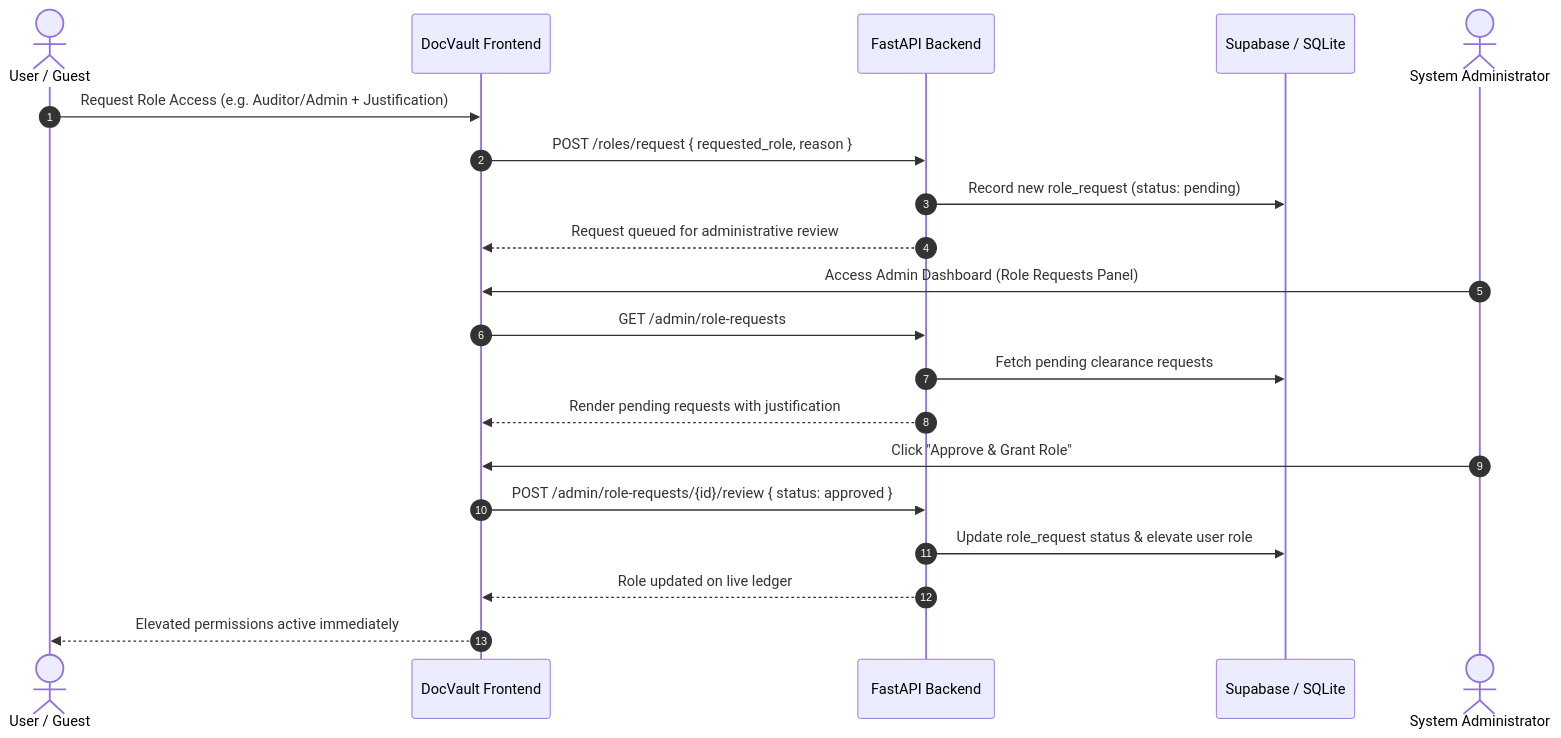
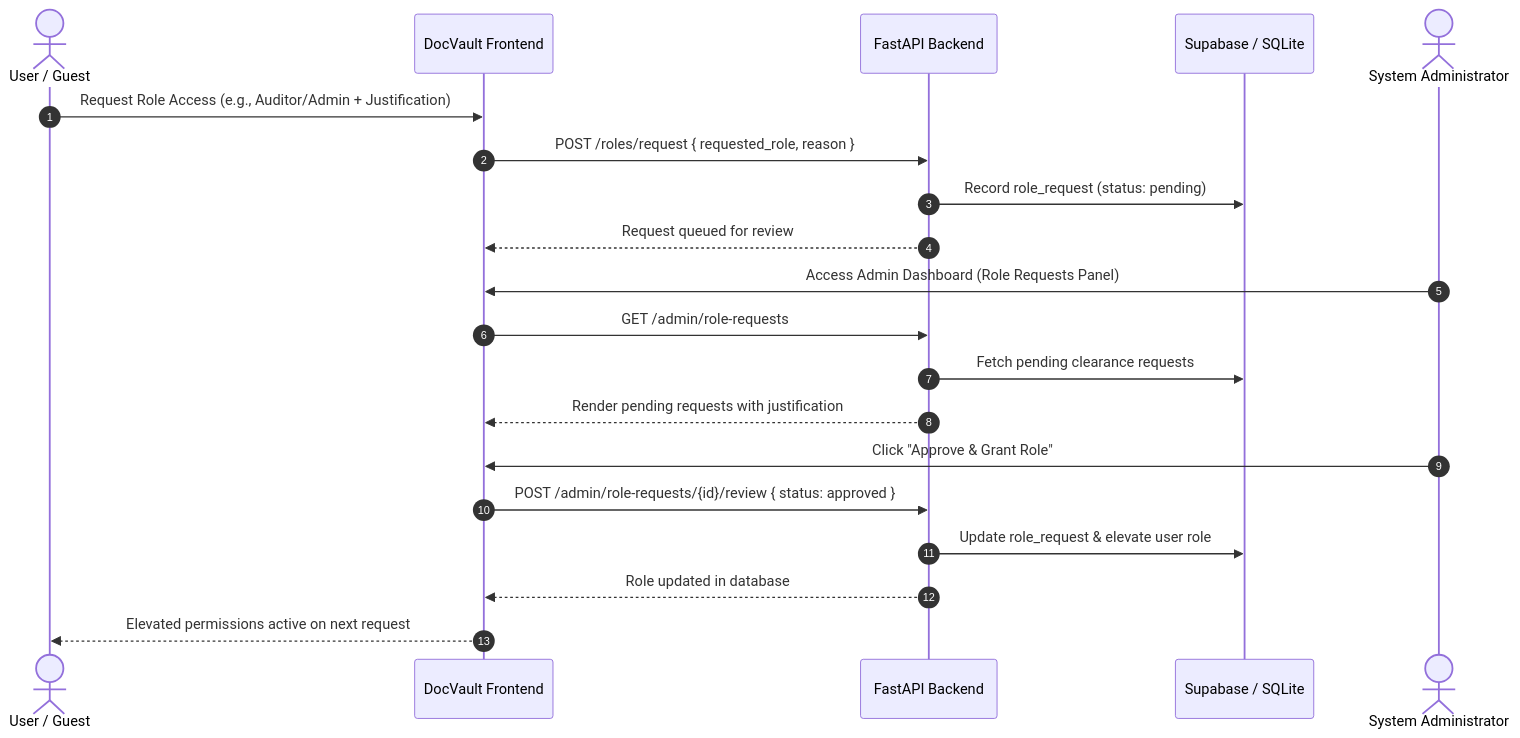
Before and after one commit to Jatin-code16/varitydoc: the second of 2 diagrams in README.md, drawn with Mermaid. The commit also changed other lines of this file and 1 other file, not shown here.

````diff
--- a/README.md
+++ b/README.md
@@ -87,23 +114,23 @@
 ```mermaid
 sequenceDiagram
     autonumber
     actor User as User / Guest
     participant UI as DocVault Frontend
     participant API as FastAPI Backend
     participant DB as Supabase / SQLite
     actor Admin as System Administrator
 
-    User->>UI: Request Role Access (e.g. Auditor/Admin + Justification)
+    User->>UI: Request Role Access (e.g., Auditor/Admin + Justification)
     UI->>API: POST /roles/request { requested_role, reason }
-    API->>DB: Record new role_request (status: pending)
-    API-->>UI: Request queued for administrative review
+    API->>DB: Record role_request (status: pending)
+    API-->>UI: Request queued for review
     Admin->>UI: Access Admin Dashboard (Role Requests Panel)
     UI->>API: GET /admin/role-requests
     API->>DB: Fetch pending clearance requests
     API-->>UI: Render pending requests with justification
     Admin->>UI: Click "Approve & Grant Role"
     UI->>API: POST /admin/role-requests/{id}/review { status: approved }
-    API->>DB: Update role_request status & elevate user role
-    API-->>UI: Role updated on live ledger
-    UI-->>User: Elevated permissions active immediately
+    API->>DB: Update role_request & elevate user role
+    API-->>UI: Role updated in database
+    UI-->>User: Elevated permissions active on next request
 ```
````
